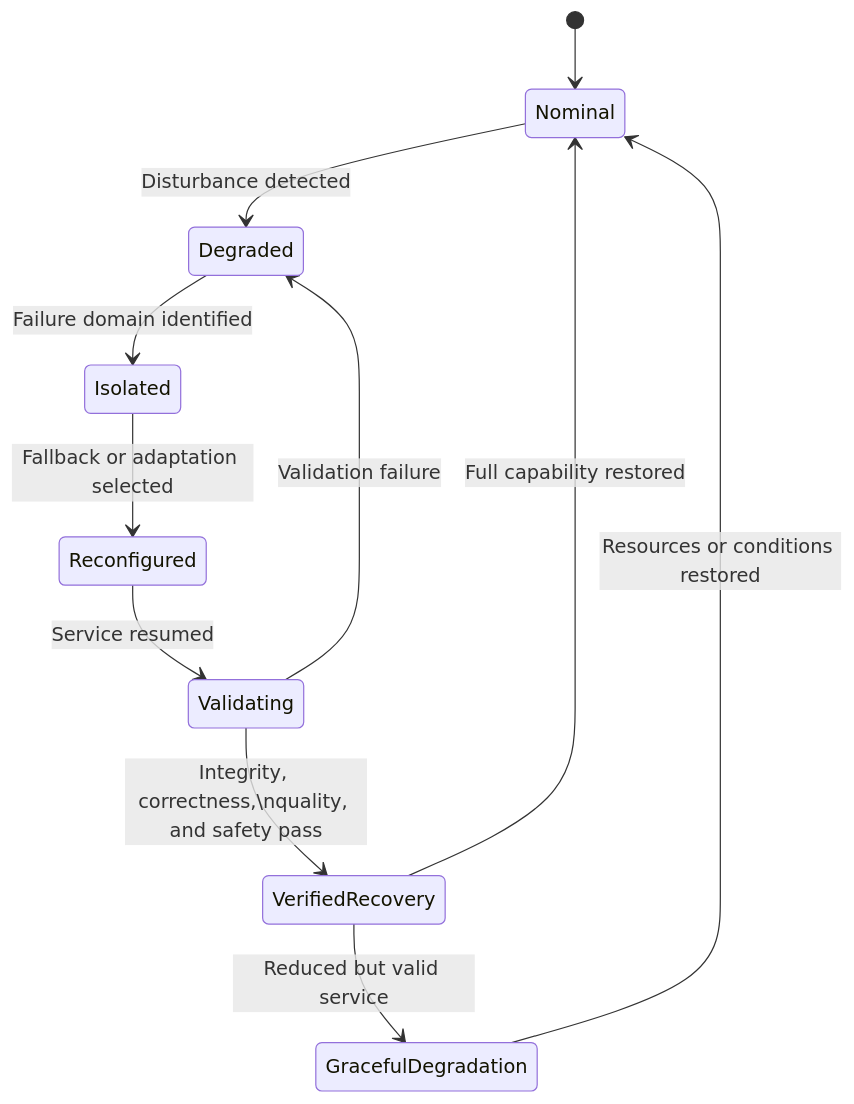
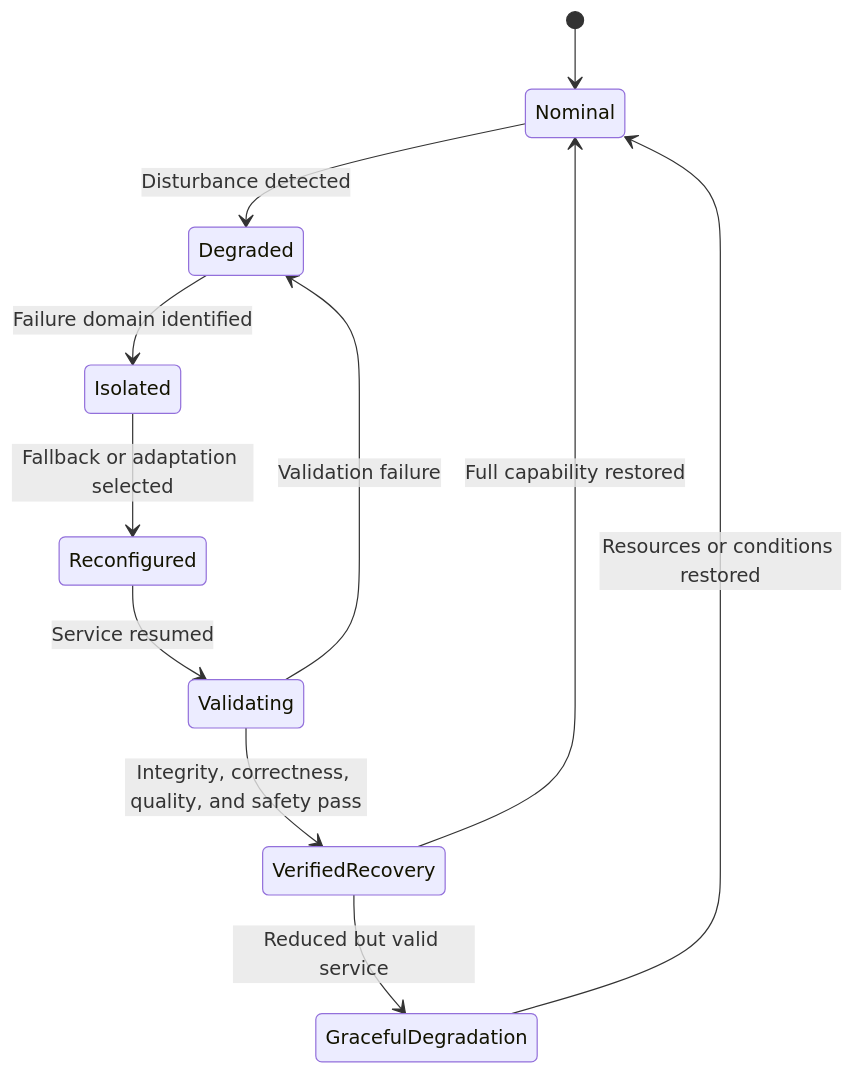
Before and after one commit to lemoinep/BioRes_AI_HPC: the second of 2 diagrams in README.md, drawn with Mermaid. The commit also changed other lines of this file, not shown here.

````diff
--- a/README.md
+++ b/README.md
@@ -487,16 +459,16 @@
 ```mermaid
 stateDiagram-v2
     [*] --> Nominal
 
     Nominal --> Degraded: Disturbance detected
     Degraded --> Isolated: Failure domain identified
     Isolated --> Reconfigured: Fallback or adaptation selected
     Reconfigured --> Validating: Service resumed
 
-    Validating --> VerifiedRecovery: Integrity, correctness,\nquality, and safety pass
+    Validating --> VerifiedRecovery: Integrity, correctness, quality, and safety pass
     Validating --> Degraded: Validation failure
 
     VerifiedRecovery --> Nominal: Full capability restored
     VerifiedRecovery --> GracefulDegradation: Reduced but valid service
     GracefulDegradation --> Nominal: Resources or conditions restored
 ```
````
